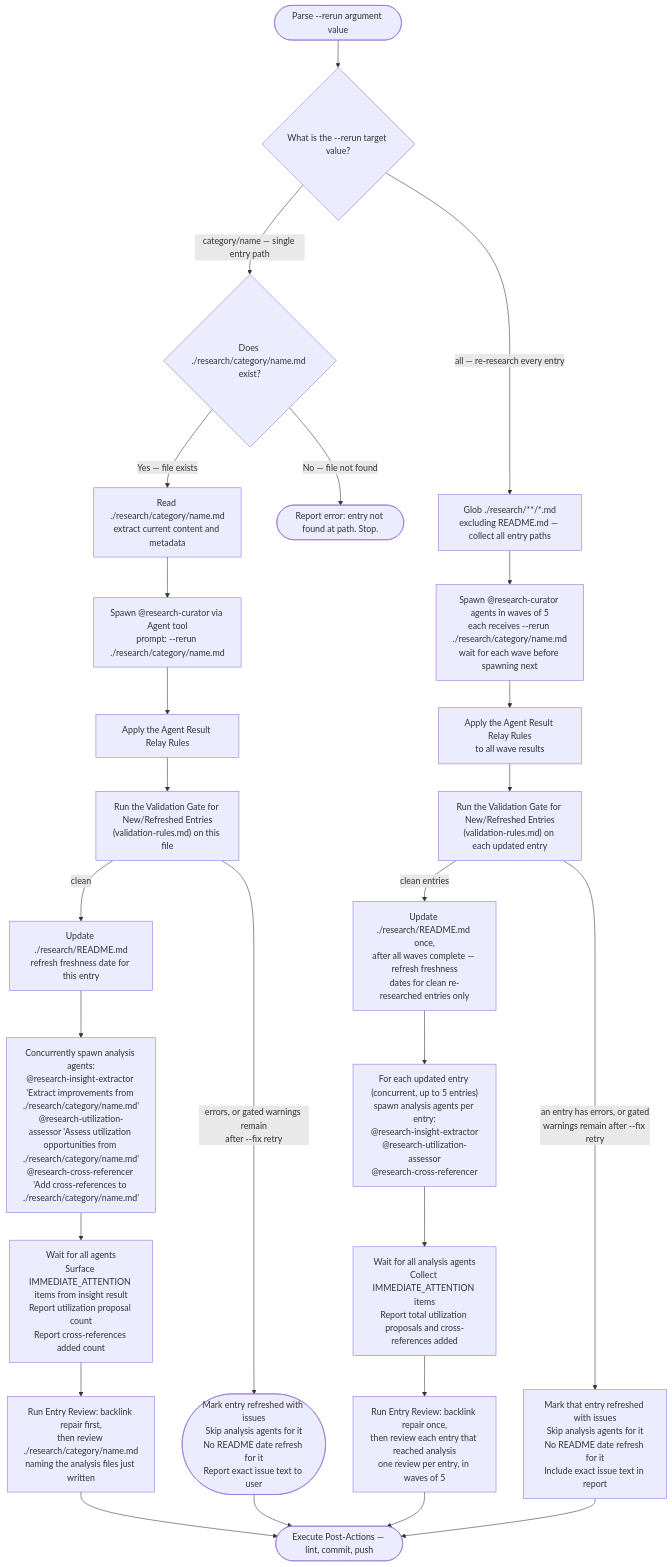
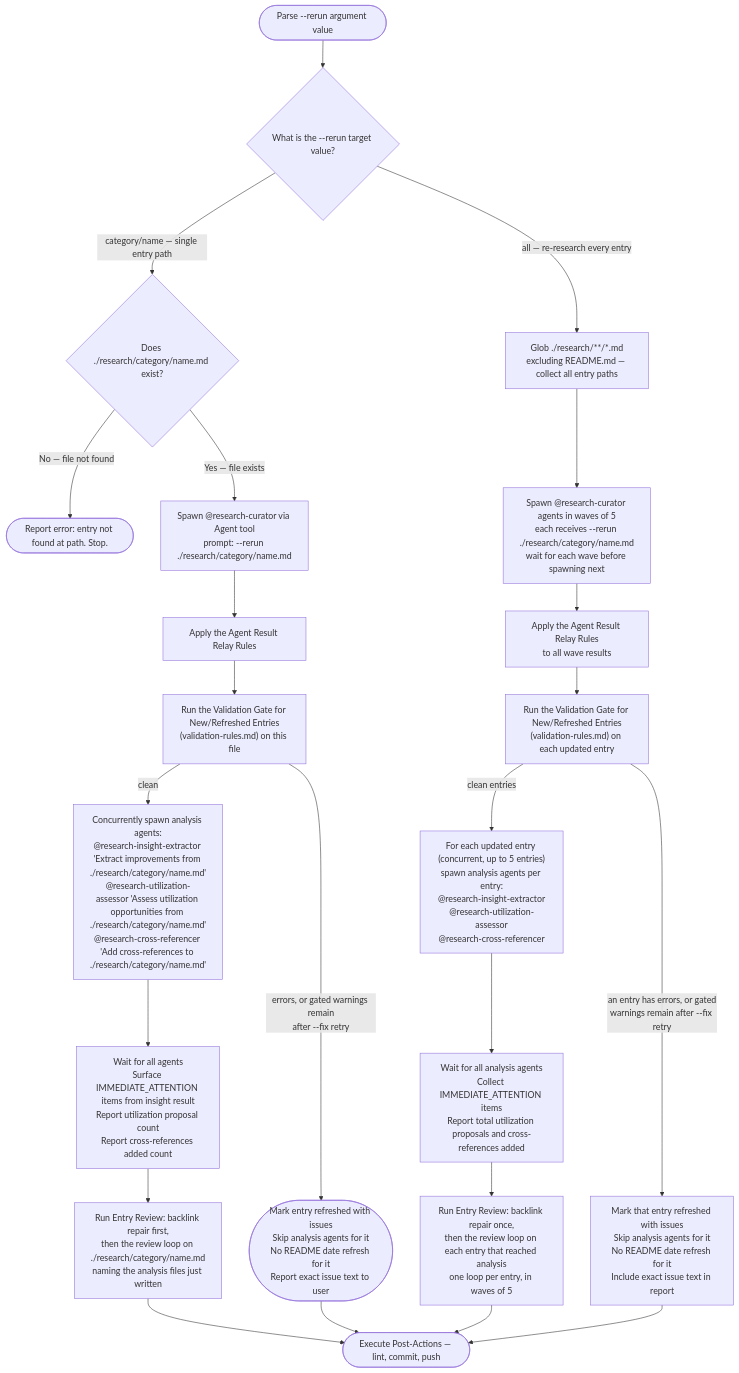
Before and after one commit to Jamie-BitFlight/claude_skills: the second of 4 diagrams in .claude/skills/research-curator/SKILL.md, drawn with Mermaid. The commit also changed other lines of this file and 11 other files, not shown here.

First line of the commit message:
refactor(research-curator): writer self-check, reviewer/worker review loop and aligned creator/reviewer instructions (#4038)

````diff
--- a/.claude/skills/research-curator/SKILL.md
+++ b/.claude/skills/research-curator/SKILL.md
@@ -175,28 +173,25 @@
 ```mermaid
 flowchart TD
     Start(["Parse --rerun argument value"]) --> Q{"What is the --rerun target value?"}
     Q -->|"category/name — single entry path"| VerifyFile{"Does ./research/category/name.md exist?"}
     Q -->|"all — re-research every entry"| FindAll["Glob ./research/**/*.md<br>excluding README.md — collect all entry paths"]
     VerifyFile -->|"No — file not found"| Missing(["Report error: entry not found at path. Stop."])
-    VerifyFile -->|"Yes — file exists"| ReadFile["Read ./research/category/name.md<br>extract current content and metadata"]
-    ReadFile --> Spawn1["Spawn @research-curator via Agent tool<br>prompt: --rerun ./research/category/name.md"]
+    VerifyFile -->|"Yes — file exists"| Spawn1["Spawn @research-curator via Agent tool<br>prompt: --rerun ./research/category/name.md"]
     Spawn1 --> RelayCheck1["Apply the Agent Result Relay Rules"]
     RelayCheck1 --> Validate1["Run the Validation Gate for New/Refreshed Entries<br>(validation-rules.md) on this file"]
     Validate1 -->|"errors, or gated warnings remain<br>after --fix retry"| Issues1(["Mark entry refreshed with issues<br>Skip analysis agents for it<br>No README date refresh for it<br>Report exact issue text to user"])
-    Validate1 -->|"clean"| UpdateDate["Update ./research/README.md<br>refresh freshness date for this entry"]
+    Validate1 -->|"clean"| SpawnAnalysis1["Concurrently spawn analysis agents:<br>@research-insight-extractor 'Extract improvements from ./research/category/name.md'<br>@research-utilization-assessor 'Assess utilization opportunities from ./research/category/name.md'<br>@research-cross-referencer 'Add cross-references to ./research/category/name.md'"]
     FindAll --> WaveSpawn["Spawn @research-curator agents in waves of 5<br>each receives --rerun ./research/category/name.md<br>wait for each wave before spawning next"]
     WaveSpawn --> RelayCheck2["Apply the Agent Result Relay Rules<br>to all wave results"]
     RelayCheck2 --> ValidateN["Run the Validation Gate for New/Refreshed Entries<br>(validation-rules.md) on each updated entry"]
     ValidateN -->|"an entry has errors, or gated<br>warnings remain after --fix retry"| IssuesN["Mark that entry refreshed with issues<br>Skip analysis agents for it<br>No README date refresh for it<br>Include exact issue text in report"]
-    ValidateN -->|"clean entries"| UpdateDates["Update ./research/README.md once,<br>after all waves complete — refresh freshness<br>dates for clean re-researched entries only"]
-    UpdateDate --> SpawnAnalysis1["Concurrently spawn analysis agents:<br>@research-insight-extractor 'Extract improvements from ./research/category/name.md'<br>@research-utilization-assessor 'Assess utilization opportunities from ./research/category/name.md'<br>@research-cross-referencer 'Add cross-references to ./research/category/name.md'"]
+    ValidateN -->|"clean entries"| SpawnAnalysisN["For each updated entry (concurrent, up to 5 entries)<br>spawn analysis agents per entry:<br>@research-insight-extractor<br>@research-utilization-assessor<br>@research-cross-referencer"]
     SpawnAnalysis1 --> WaitAnalysis1["Wait for all agents<br>Surface IMMEDIATE_ATTENTION items from insight result<br>Report utilization proposal count<br>Report cross-references added count"]
-    WaitAnalysis1 --> Review1["Run Entry Review: backlink repair first,<br>then review ./research/category/name.md<br>naming the analysis files just written"]
+    WaitAnalysis1 --> Review1["Run Entry Review: backlink repair first,<br>then the review loop on ./research/category/name.md<br>naming the analysis files just written"]
     Review1 --> PostActions(["Execute Post-Actions — lint, commit, push"])
     Issues1 --> PostActions
-    UpdateDates --> SpawnAnalysisN["For each updated entry (concurrent, up to 5 entries)<br>spawn analysis agents per entry:<br>@research-insight-extractor<br>@research-utilization-assessor<br>@research-cross-referencer"]
     SpawnAnalysisN --> WaitAnalysisN["Wait for all analysis agents<br>Collect IMMEDIATE_ATTENTION items<br>Report total utilization proposals and cross-references added"]
-    WaitAnalysisN --> ReviewN["Run Entry Review: backlink repair once,<br>then review each entry that reached analysis<br>one review per entry, in waves of 5"]
+    WaitAnalysisN --> ReviewN["Run Entry Review: backlink repair once,<br>then the review loop on each entry that reached analysis<br>one loop per entry, in waves of 5"]
     ReviewN --> PostActions
     IssuesN --> PostActions
 ```
````
